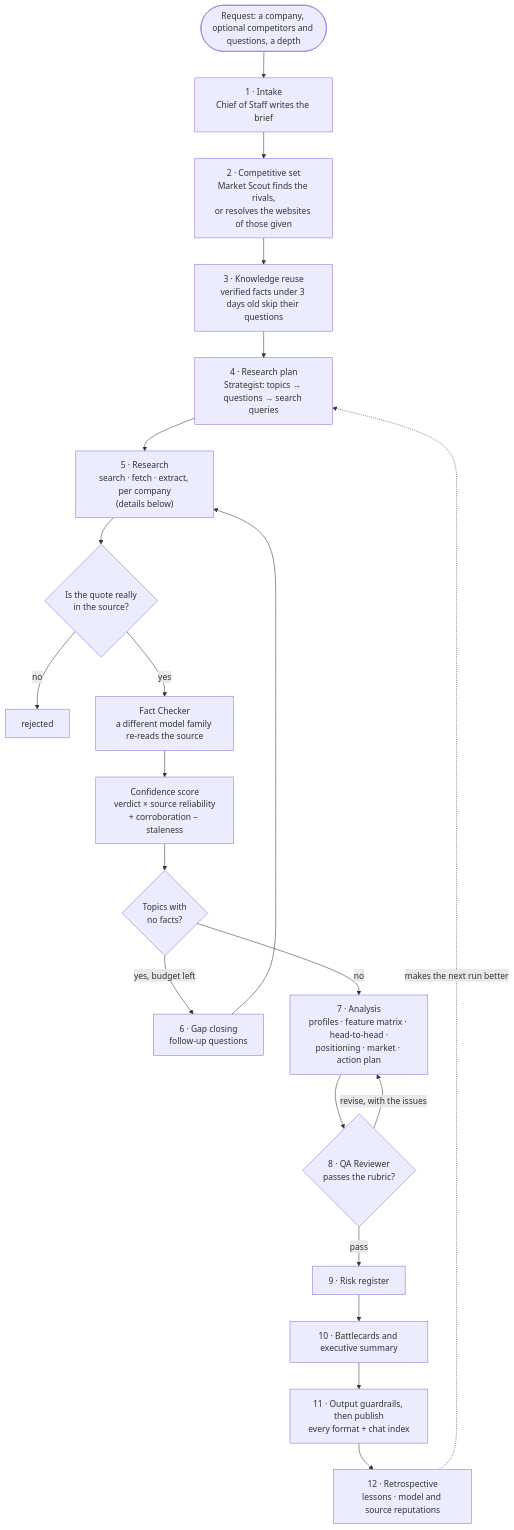
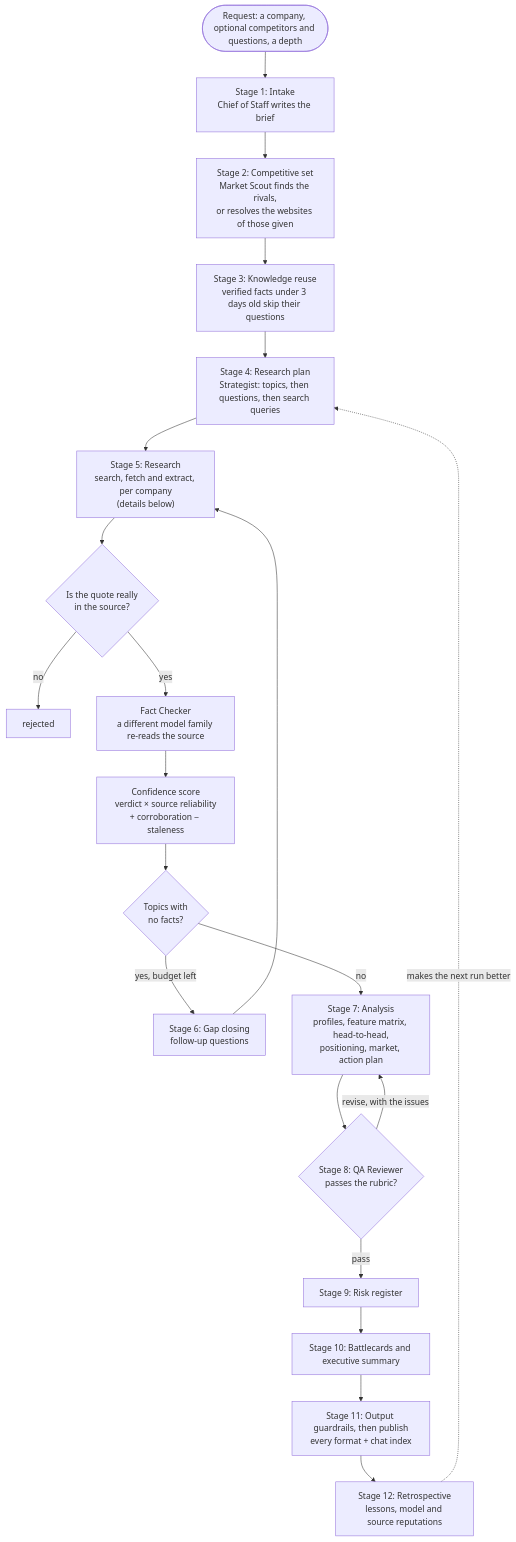
The second of 9 diagrams in docs/HOW_IT_WORKS.md (LakshayJ17/resurge), drawn with Mermaid before and after one commit. The commit also changed other lines of this file and 65 other files, not shown here.

````diff
--- a/docs/HOW_IT_WORKS.md
+++ b/docs/HOW_IT_WORKS.md
@@ -68,23 +68,23 @@
 ```mermaid
 flowchart TD
   REQ(["Request: a company, optional competitors and questions, a depth"]) --> S1
-  S1["1 · Intake<br/>Chief of Staff writes the brief"] --> S2
-  S2["2 · Competitive set<br/>Market Scout finds the rivals,<br/>or resolves the websites of those given"] --> S3
-  S3["3 · Knowledge reuse<br/>verified facts under 3 days old skip their questions"] --> S4
-  S4["4 · Research plan<br/>Strategist: topics → questions → search queries"] --> S5
-  S5["5 · Research<br/>search · fetch · extract, per company<br/>(details below)"] --> V1
+  S1["Stage 1: Intake<br/>Chief of Staff writes the brief"] --> S2
+  S2["Stage 2: Competitive set<br/>Market Scout finds the rivals,<br/>or resolves the websites of those given"] --> S3
+  S3["Stage 3: Knowledge reuse<br/>verified facts under 3 days old skip their questions"] --> S4
+  S4["Stage 4: Research plan<br/>Strategist: topics, then questions, then search queries"] --> S5
+  S5["Stage 5: Research<br/>search, fetch and extract, per company<br/>(details below)"] --> V1
   V1{"Is the quote really<br/>in the source?"}
   V1 -- no --> RJ["rejected"]
   V1 -- yes --> V2["Fact Checker<br/>a different model family re-reads the source"]
   V2 --> V3["Confidence score<br/>verdict × source reliability<br/>+ corroboration − staleness"]
   V3 --> GAP{"Topics with<br/>no facts?"}
-  GAP -- "yes, budget left" --> S6["6 · Gap closing<br/>follow-up questions"] --> S5
-  GAP -- no --> S7["7 · Analysis<br/>profiles · feature matrix · head-to-head ·<br/>positioning · market · action plan"]
-  S7 --> QA{"8 · QA Reviewer<br/>passes the rubric?"}
+  GAP -- "yes, budget left" --> S6["Stage 6: Gap closing<br/>follow-up questions"] --> S5
+  GAP -- no --> S7["Stage 7: Analysis<br/>profiles, feature matrix, head-to-head,<br/>positioning, market, action plan"]
+  S7 --> QA{"Stage 8: QA Reviewer<br/>passes the rubric?"}
   QA -- "revise, with the issues" --> S7
-  QA -- pass --> S9["9 · Risk register"]
-  S9 --> S10["10 · Battlecards and executive summary"]
-  S10 --> S11["11 · Output guardrails, then publish<br/>every format + chat index"]
-  S11 --> S12["12 · Retrospective<br/>lessons · model and source reputations"]
+  QA -- pass --> S9["Stage 9: Risk register"]
+  S9 --> S10["Stage 10: Battlecards and executive summary"]
+  S10 --> S11["Stage 11: Output guardrails, then publish<br/>every format + chat index"]
+  S11 --> S12["Stage 12: Retrospective<br/>lessons, model and source reputations"]
   S12 -. "makes the next run better" .-> S4
 ```
````
